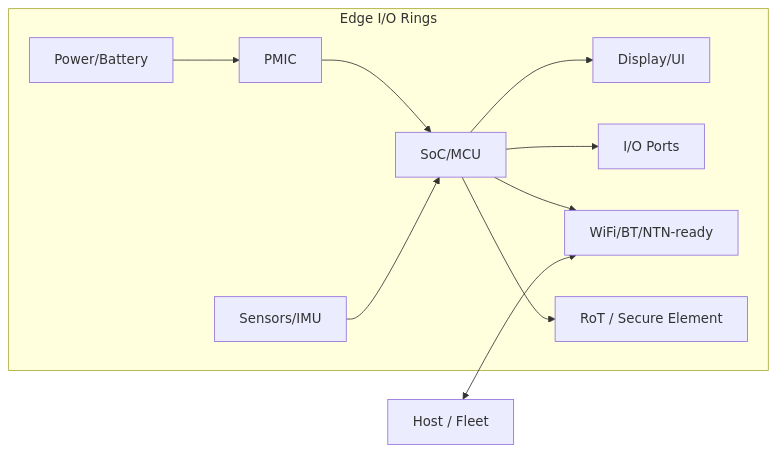
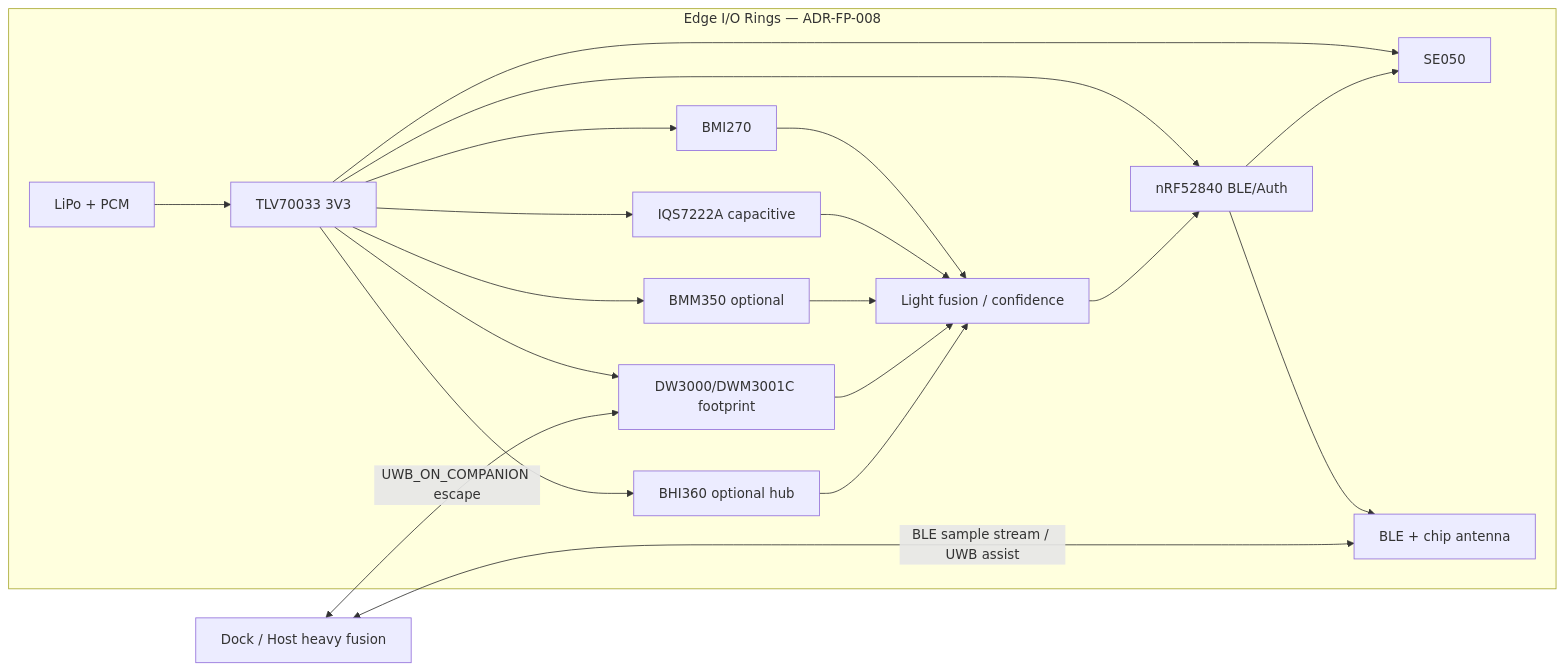
Before and after one commit to gunnchOS3k/gunnchos-7gc-ai-ran-field-kit: the diagram in device_designs/edge_io_rings/block_diagram.md, drawn with Mermaid. The commit also changed other lines of this file and 14 other files, not shown here.

First line of the commit message:
feat(full-product): Wave A2 hardware digital depth (ring fusion, dock, Student rails)

````diff
--- a/device_designs/edge_io_rings/block_diagram.md
+++ b/device_designs/edge_io_rings/block_diagram.md
@@ -3,13 +5,23 @@
 ```mermaid
 flowchart LR
-  subgraph edge_io_rings[Edge I/O Rings]
-    PWR[Power/Battery] --> PMIC[PMIC]
-    PMIC --> SOC[SoC/MCU]
-    SOC --> DISP[Display/UI]
-    SOC --> IO[I/O Ports]
-    SOC --> RF[WiFi/BT/NTN-ready]
-    SOC --> SEC[RoT / Secure Element]
-    IMU[Sensors/IMU] --> SOC
+  subgraph edge_io_rings[Edge I/O Rings — ADR-FP-008]
+    PWR[LiPo + PCM] --> LDO[TLV70033 3V3]
+    LDO --> MCU[nRF52840 BLE/Auth]
+    LDO --> IMU[BMI270]
+    LDO --> CAP[IQS7222A capacitive]
+    LDO --> MAG[BMM350 optional]
+    LDO --> SE[SE050]
+    LDO --> UWB[DW3000/DWM3001C footprint]
+    LDO --> HUB[BHI360 optional hub]
+    IMU --> FUS[Light fusion / confidence]
+    CAP --> FUS
+    MAG --> FUS
+    UWB --> FUS
+    HUB --> FUS
+    FUS --> MCU
+    MCU --> BLE[BLE + chip antenna]
+    MCU --> SE
   end
-  HOST[Host / Fleet] <--> RF
+  DOCK[Dock / Host heavy fusion] <-->|BLE sample stream / UWB assist| BLE
+  DOCK <-->|UWB_ON_COMPANION escape| UWB
 ```
````
